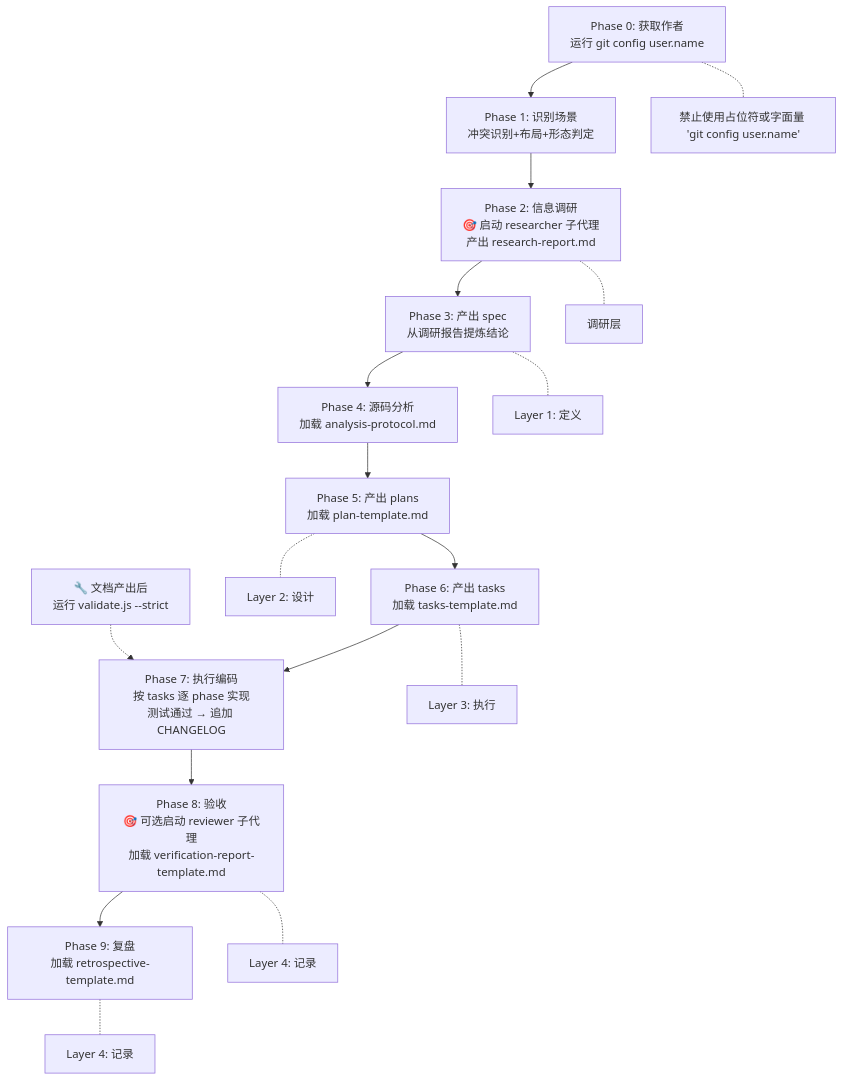
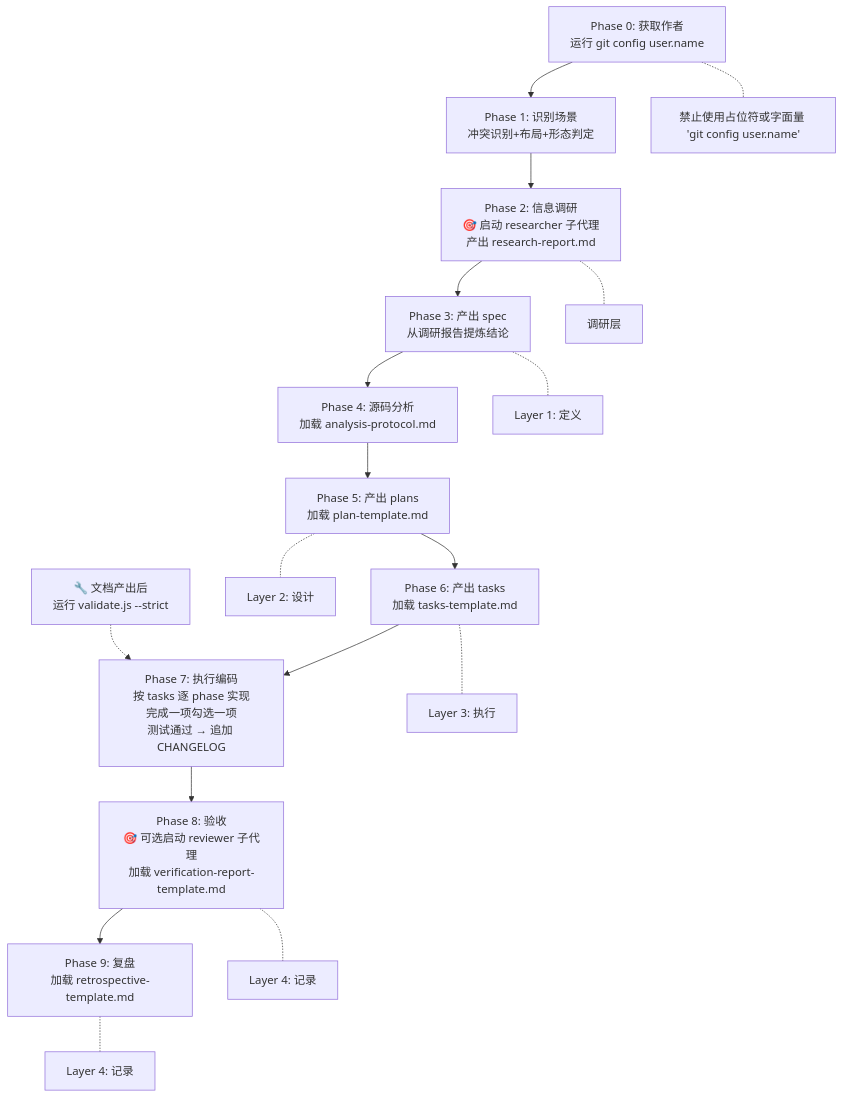
One commit to YuluoY/claude-uluo changed the second of 2 diagrams in skills/uluo-spec-driven/SKILL.md. Above: the diagram before and after it, drawn with Mermaid. The commit also changed other lines of this file and 9 other files, not shown here.

First line of the commit message:
fix(uluo-spec-driven,uluo-change-flow): 状态文件生命周期治理 + 执行回写纪律 + 变更索引改名

````diff
--- a/skills/uluo-spec-driven/SKILL.md
+++ b/skills/uluo-spec-driven/SKILL.md
@@ -110,22 +110,22 @@
 ```mermaid
 flowchart TD
     P0[Phase 0: 获取作者<br/>运行 git config user.name] --> P1[Phase 1: 识别场景<br/>冲突识别+布局+形态判定]
     P1 --> P2[Phase 2: 信息调研<br/>🎯 启动 researcher 子代理<br/>产出 research-report.md]
     P2 --> P3[Phase 3: 产出 spec<br/>从调研报告提炼结论]
     P3 --> P4[Phase 4: 源码分析<br/>加载 analysis-protocol.md]
     P4 --> P5[Phase 5: 产出 plans<br/>加载 plan-template.md]
     P5 --> P6[Phase 6: 产出 tasks<br/>加载 tasks-template.md]
-    P6 --> P7[Phase 7: 执行编码<br/>按 tasks 逐 phase 实现<br/>测试通过 → 追加 CHANGELOG]
+    P6 --> P7[Phase 7: 执行编码<br/>按 tasks 逐 phase 实现<br/>完成一项勾选一项<br/>测试通过 → 追加 CHANGELOG]
     P7 --> P8[Phase 8: 验收<br/>🎯 可选启动 reviewer 子代理<br/>加载 verification-report-template.md]
     P8 --> P9[Phase 9: 复盘<br/>加载 retrospective-template.md]
 
     P0 -.- R0["禁止使用占位符或字面量 'git config user.name'"]
     P2 -.- L2["调研层"]
     P3 -.- L3["Layer 1: 定义"]
     P5 -.- L5["Layer 2: 设计"]
     P6 -.- L6["Layer 3: 执行"]
     P8 -.- L8["Layer 4: 记录"]
     P9 -.- L9["Layer 4: 记录"]
 
     V[🔧 文档产出后<br/>运行 validate.js --strict] -.-> P7
 ```
````
